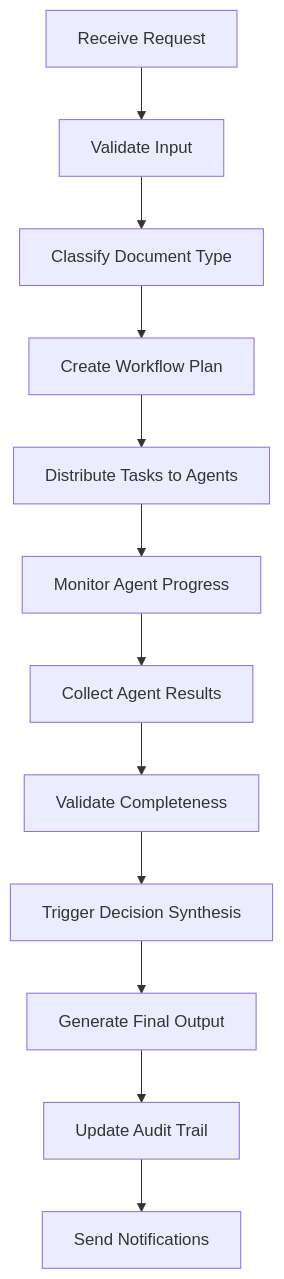
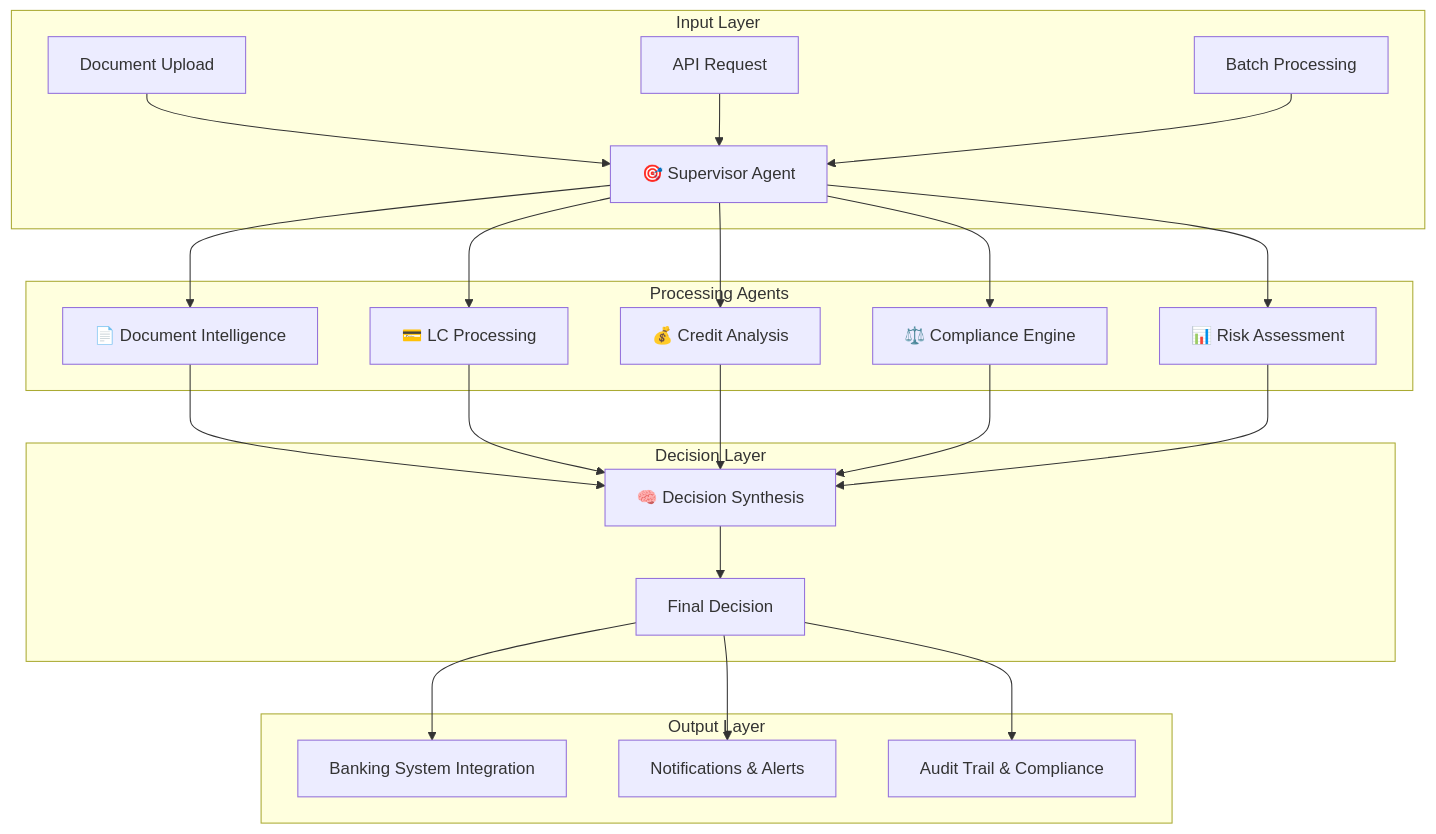
One commit to ngcuyen/multi-agent-hackathon changed the first of 2 diagrams in README.md. Above: the diagram before and after it, drawn with Mermaid. The commit also changed other lines of this file, not shown here.

First line of the commit message:
📝 Concise & Complete: AWS Architecture + Agent Workflow README

````diff
--- a/README.md
+++ b/README.md
@@ -267,14 +103,31 @@
 ```mermaid
-graph TD
-    A[Receive Request] --> B[Validate Input]
-    B --> C[Classify Document Type]
-    C --> D[Create Workflow Plan]
-    D --> E[Distribute Tasks to Agents]
-    E --> F[Monitor Agent Progress]
-    F --> G[Collect Agent Results]
-    G --> H[Validate Completeness]
-    H --> I[Trigger Decision Synthesis]
-    I --> J[Generate Final Output]
-    J --> K[Update Audit Trail]
-    K --> L[Send Notifications]
+graph TB
+    subgraph "Input Layer"
+        A[Document Upload] --> D[🎯 Supervisor Agent]
+        B[API Request] --> D
+        C[Batch Processing] --> D
+    end
+    
+    subgraph "Processing Agents"
+        D --> E[📄 Document Intelligence]
+        D --> F[💳 LC Processing]
+        D --> G[💰 Credit Analysis]
+        D --> H[⚖️ Compliance Engine]
+        D --> I[📊 Risk Assessment]
+    end
+    
+    subgraph "Decision Layer"
+        E --> J[🧠 Decision Synthesis]
+        F --> J
+        G --> J
+        H --> J
+        I --> J
+        J --> K[Final Decision]
+    end
+    
+    subgraph "Output Layer"
+        K --> L[Banking System Integration]
+        K --> M[Notifications & Alerts]
+        K --> N[Audit Trail & Compliance]
+    end
 ```
````
